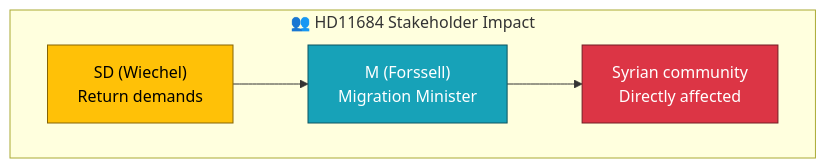
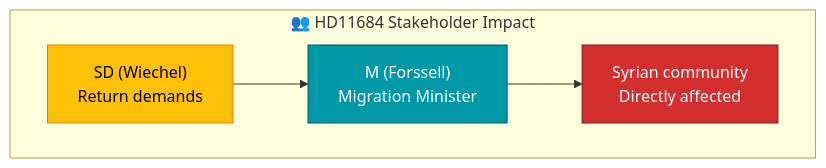
The diagram in analysis/daily/2026-04-07/realtime-1411/documents/hd11684-analysis.md (Hack23/riksdagsmonitor), drawn with Mermaid before and after one commit. The commit also changed 785 other files, not shown here.

First line of the commit message:
Normalize mermaid colors across 786 analysis artifacts to ISMS Style Guide palette

````diff
--- a/analysis/daily/2026-04-07/realtime-1411/documents/hd11684-analysis.md
+++ b/analysis/daily/2026-04-07/realtime-1411/documents/hd11684-analysis.md
@@ -34,13 +34,13 @@
 ```mermaid
 graph TD
     subgraph "👥 HD11684 Stakeholder Impact"
         SD_W["SD (Wiechel)<br>Return demands"]
         M_F["M (Forssell)<br>Migration Minister"]
         SYRIAN["Syrian community<br>Directly affected"]
     end
     SD_W --> M_F
     M_F --> SYRIAN
-    style SD_W fill:#ffc107,stroke:#856404,color:#000
-    style M_F fill:#17a2b8,stroke:#0c5460,color:#fff
-    style SYRIAN fill:#dc3545,stroke:#721c24,color:#fff
+    style SD_W fill:#FFC107,stroke:#F57C00,color:#000000
+    style M_F fill:#0097A7,stroke:#006064,color:#FFFFFF
+    style SYRIAN fill:#D32F2F,stroke:#721c24,color:#FFFFFF
 ```
````
